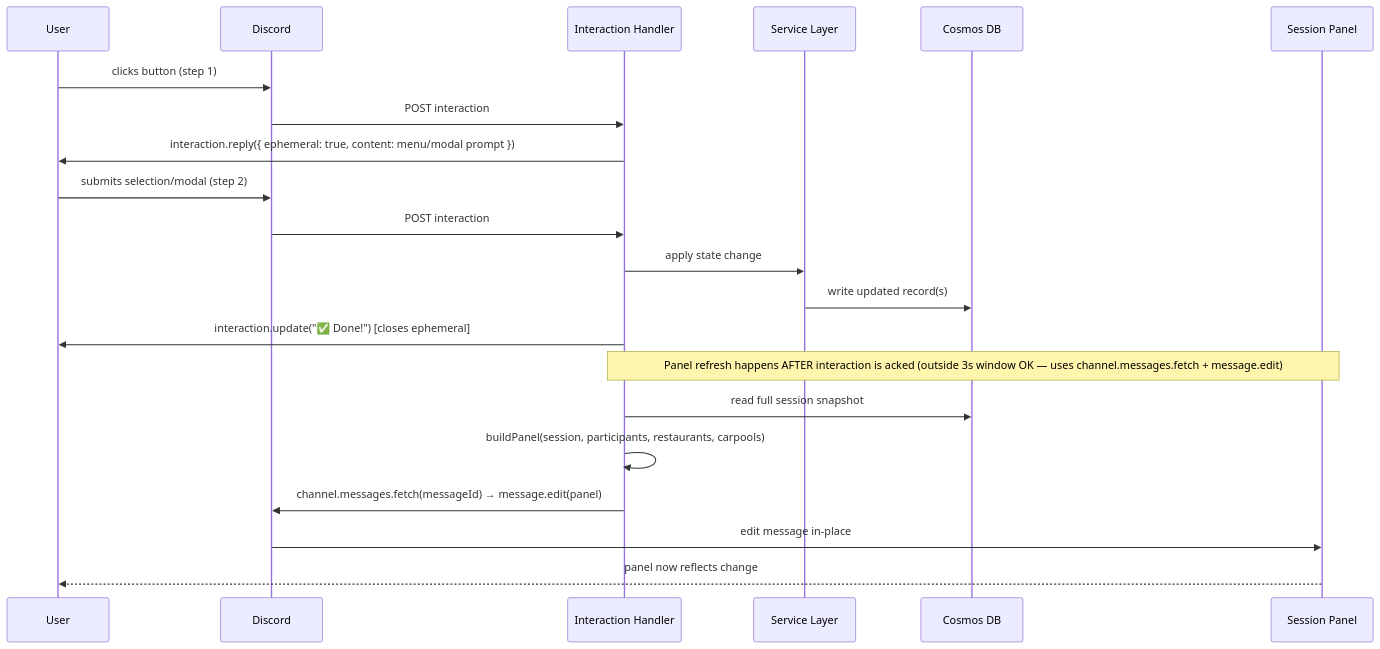
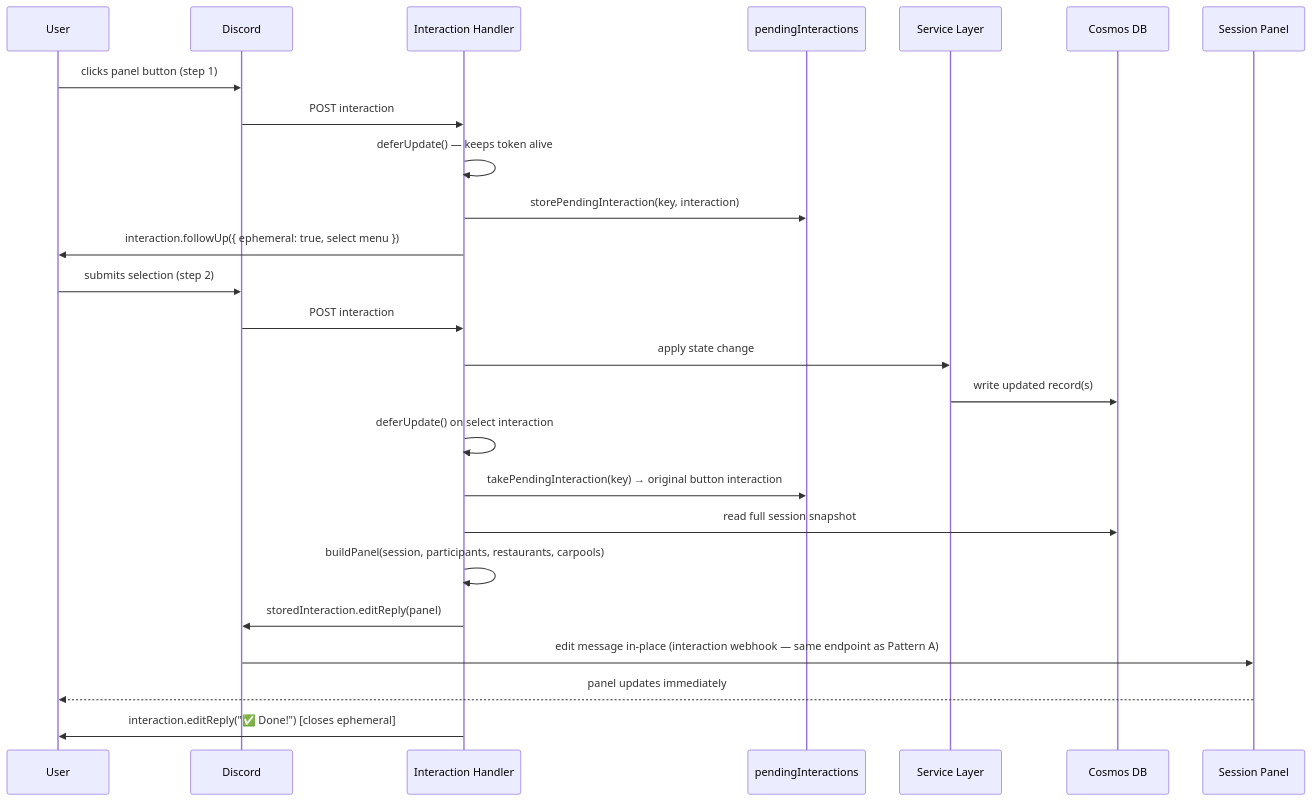
Before and after one commit to marlobello/munchassemble: the second of 7 diagrams in docs/sequence-diagrams.md, drawn with Mermaid. The commit also changed other lines of this file and 5 other files, not shown here.

First line of the commit message:
fix: align multi-step UX flows and fix panel refresh for Components V2

````diff
--- a/docs/sequence-diagrams.md
+++ b/docs/sequence-diagrams.md
@@ -41,26 +41,29 @@
 ```mermaid
 sequenceDiagram
     participant User
     participant Discord
     participant Handler as Interaction Handler
+    participant Store as pendingInteractions
     participant Service as Service Layer
     participant DB as Cosmos DB
     participant Panel as Session Panel
 
-    User->>Discord: clicks button (step 1)
+    User->>Discord: clicks panel button (step 1)
     Discord->>Handler: POST interaction #1 (3s window)
-    Handler->>User: interaction.reply({ ephemeral: true, content: menu/modal prompt })
+    Handler->>Handler: deferUpdate() — keeps token alive
+    Handler->>Store: storePendingInteraction(key, interaction)
+    Handler->>User: interaction.followUp({ ephemeral: true, select menu })
 
-    User->>Discord: submits selection/modal (step 2)
+    User->>Discord: submits selection (step 2)
     Discord->>Handler: POST interaction #2 (3s window)
     Handler->>Service: apply state change
     Service->>DB: write updated record(s)
-    Handler->>User: interaction.update("✅ Done!") [closes ephemeral]
-
-    Note over Handler,Panel: Panel refresh happens AFTER interaction is acked (outside 3s window OK — uses channel.messages.fetch + message.edit)
+    Handler->>Handler: deferUpdate() on select interaction
+    Handler->>Store: takePendingInteraction(key) → original button interaction
     Handler->>DB: read full session snapshot
     Handler->>Handler: buildPanel(session, participants, restaurants, carpools)
-    Handler->>Discord: channel.messages.fetch(messageId) → message.edit(panel)
-    Discord->>Panel: edit message in-place
-    Panel-->>User: panel now reflects change
+    Handler->>Discord: storedInteraction.editReply(panel)
+    Discord->>Panel: edit message in-place (interaction webhook — same endpoint as Pattern A)
+    Panel-->>User: panel updates immediately
+    Handler->>User: interaction.editReply("✅ Done!") [closes ephemeral]
 ```
````
